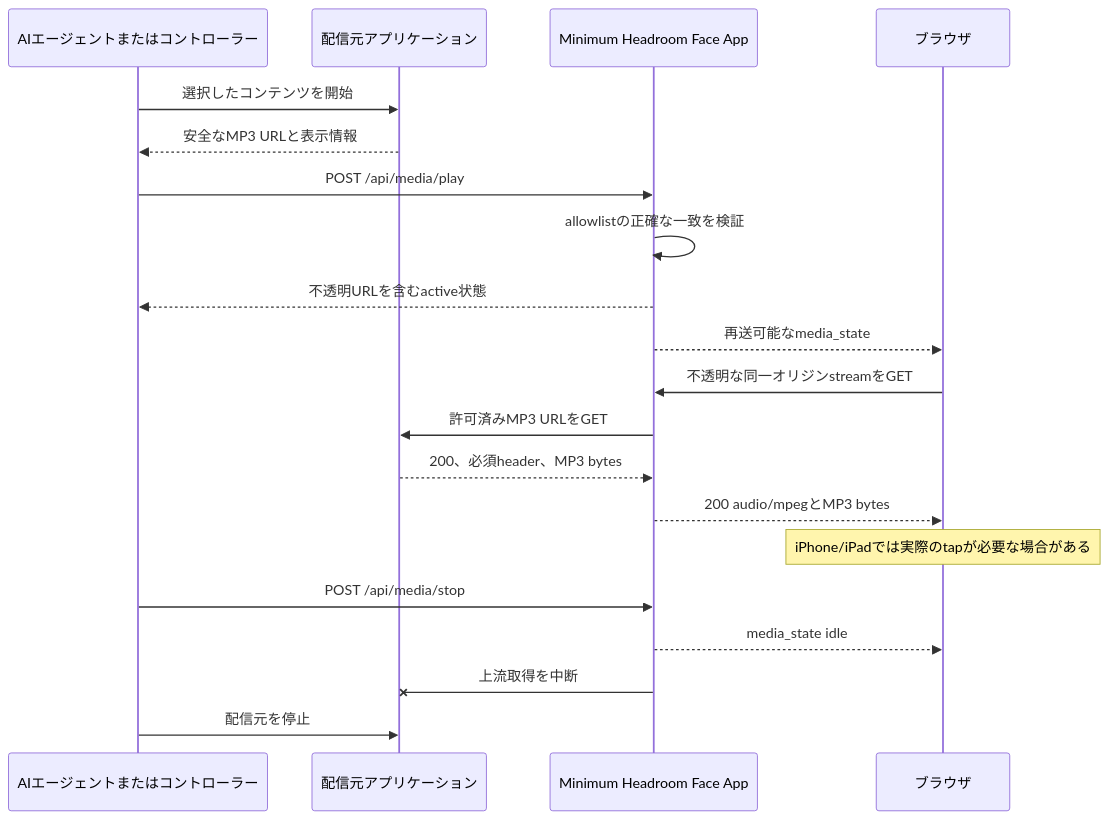
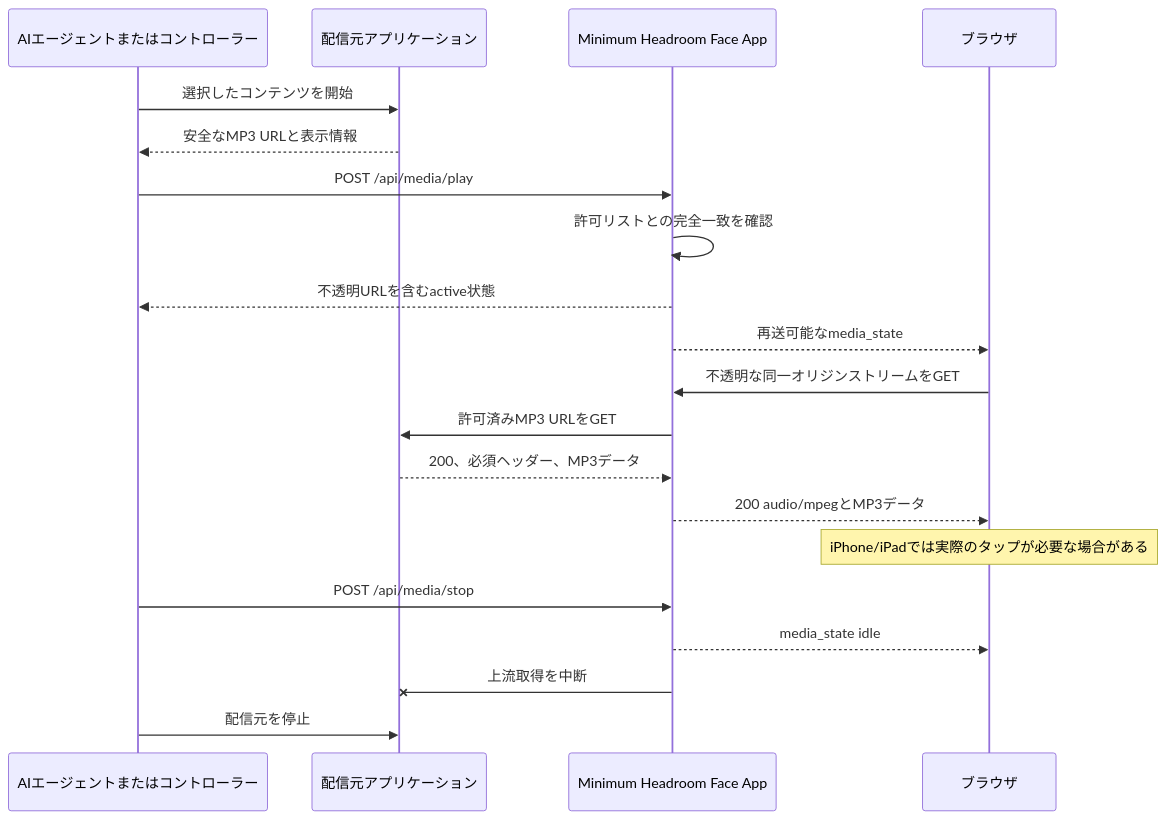
Before and after one commit to amariichi/MinimumHeadroom: the sixth of 6 diagrams in doc/guides/generic-browser-media.md, drawn with Mermaid. The commit also changed other lines of this file and 3 other files, not shown here.

````diff
--- a/doc/guides/generic-browser-media.md
+++ b/doc/guides/generic-browser-media.md
@@ -557,23 +794,23 @@
 ```mermaid
 sequenceDiagram
   participant A as AIエージェントまたはコントローラー
   participant P as 配信元アプリケーション
   participant F as Minimum Headroom Face App
   participant B as ブラウザ
 
   A->>P: 選択したコンテンツを開始
   P-->>A: 安全なMP3 URLと表示情報
   A->>F: POST /api/media/play
-  F->>F: allowlistの正確な一致を検証
+  F->>F: 許可リストとの完全一致を確認
   F-->>A: 不透明URLを含むactive状態
   F-->>B: 再送可能なmedia_state
-  B->>F: 不透明な同一オリジンstreamをGET
+  B->>F: 不透明な同一オリジンストリームをGET
   F->>P: 許可済みMP3 URLをGET
-  P-->>F: 200、必須header、MP3 bytes
-  F-->>B: 200 audio/mpegとMP3 bytes
-  Note over B: iPhone/iPadでは実際のtapが必要な場合がある
+  P-->>F: 200、必須ヘッダー、MP3データ
+  F-->>B: 200 audio/mpegとMP3データ
+  Note over B: iPhone/iPadでは実際のタップが必要な場合がある
   A->>F: POST /api/media/stop
   F-->>B: media_state idle
   F-xP: 上流取得を中断
   A->>P: 配信元を停止
 ```
````
